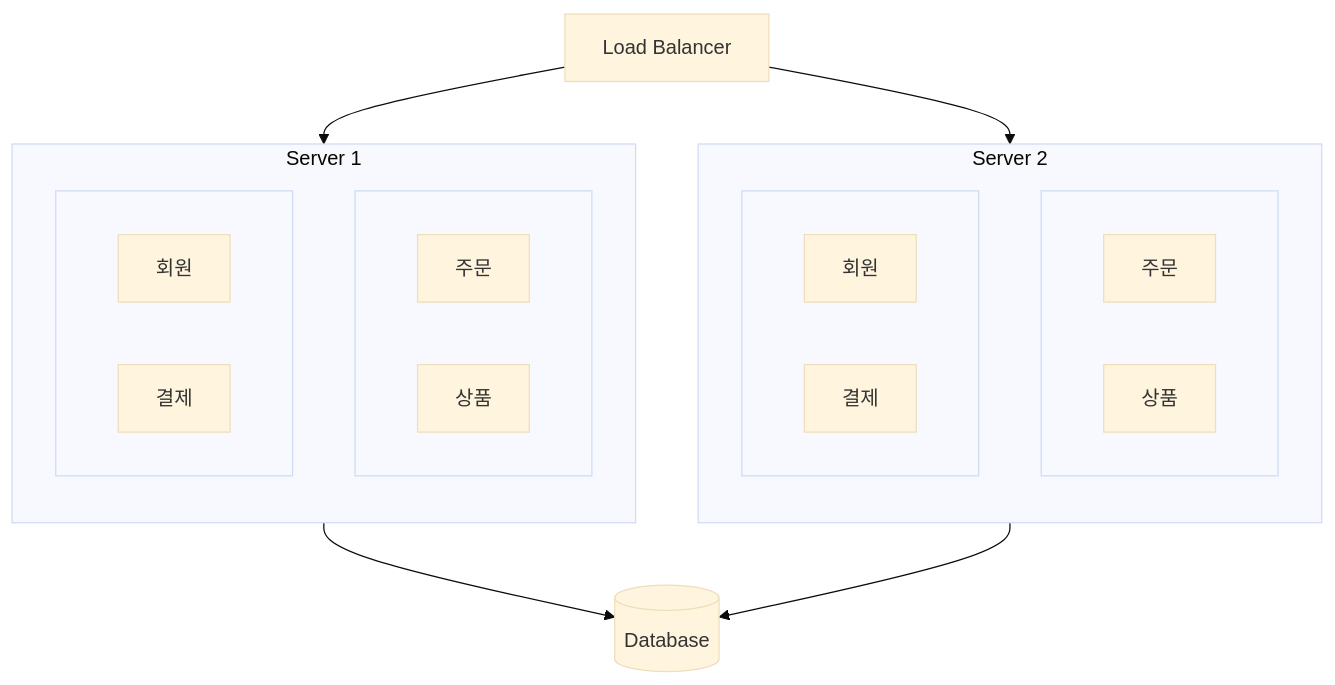
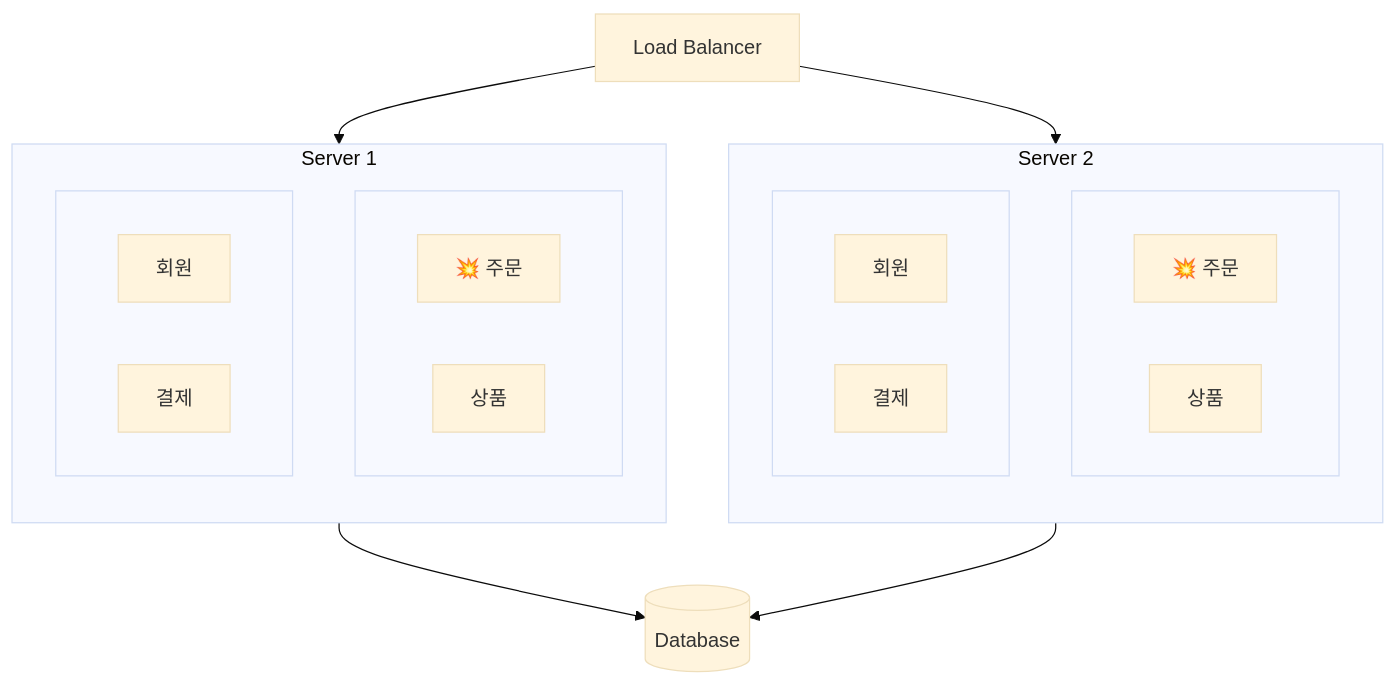
The second of 8 diagrams in content/blog/architecture/msa-series-1-introduction.ko.md (12OneTwo12/12OneTwo12.github.io), drawn with Mermaid (base theme) before and after one commit. The commit also changed 1 other file, not shown here.

Commit message:
docs: MSA 1편 스케일링 예시 이모티콘 추가

````diff
--- a/content/blog/architecture/msa-series-1-introduction.ko.md
+++ b/content/blog/architecture/msa-series-1-introduction.ko.md
@@ -81,38 +81,38 @@
 ```mermaid
 flowchart TB
     LB[Load Balancer]
 
     subgraph Server1["Server 1"]
         direction TB
         subgraph S1R1[" "]
             direction LR
-            S1_Order["주문"]
+            S1_Order["💥 주문"]
             S1_Product["상품"]
         end
         subgraph S1R2[" "]
             direction LR
             S1_User["회원"]
             S1_Payment["결제"]
         end
     end
 
     subgraph Server2["Server 2"]
         direction TB
         subgraph S2R1[" "]
             direction LR
-            S2_Order["주문"]
+            S2_Order["💥 주문"]
             S2_Product["상품"]
         end
         subgraph S2R2[" "]
             direction LR
             S2_User["회원"]
             S2_Payment["결제"]
         end
     end
 
     LB --> Server1
     LB --> Server2
 
     Server1 --> DB[(Database)]
     Server2 --> DB
 ```
````
